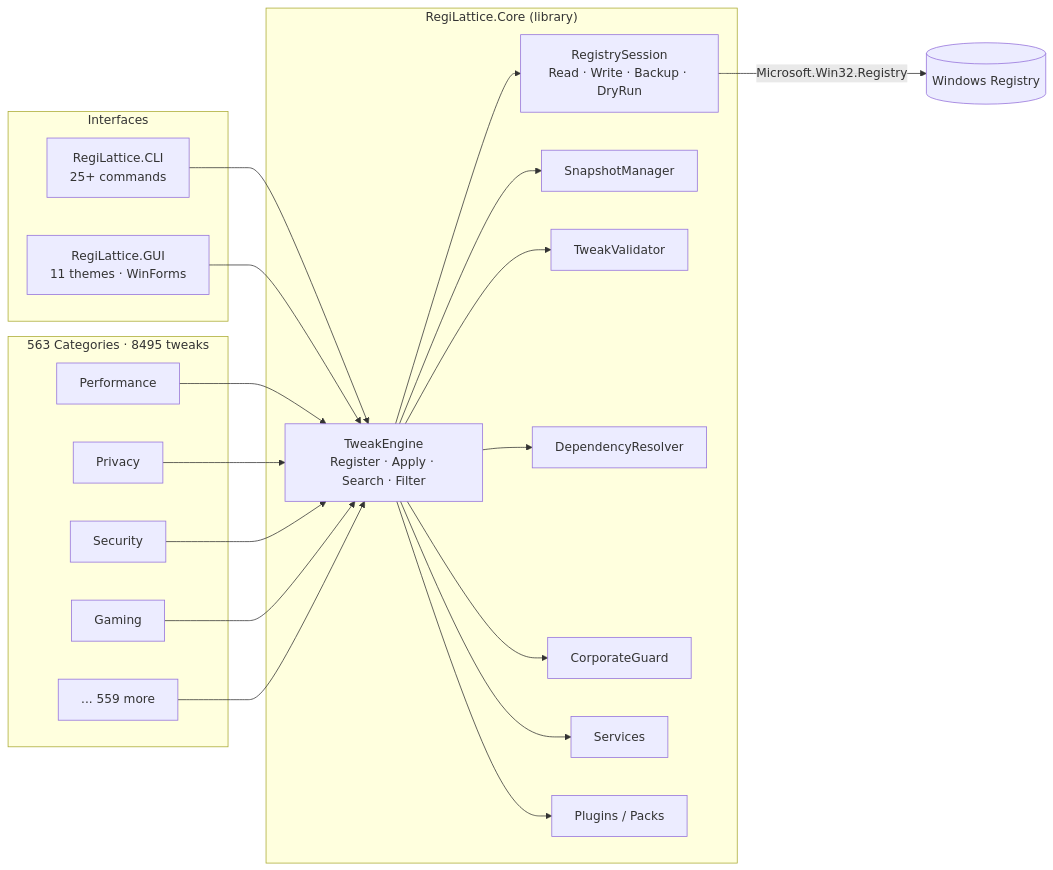
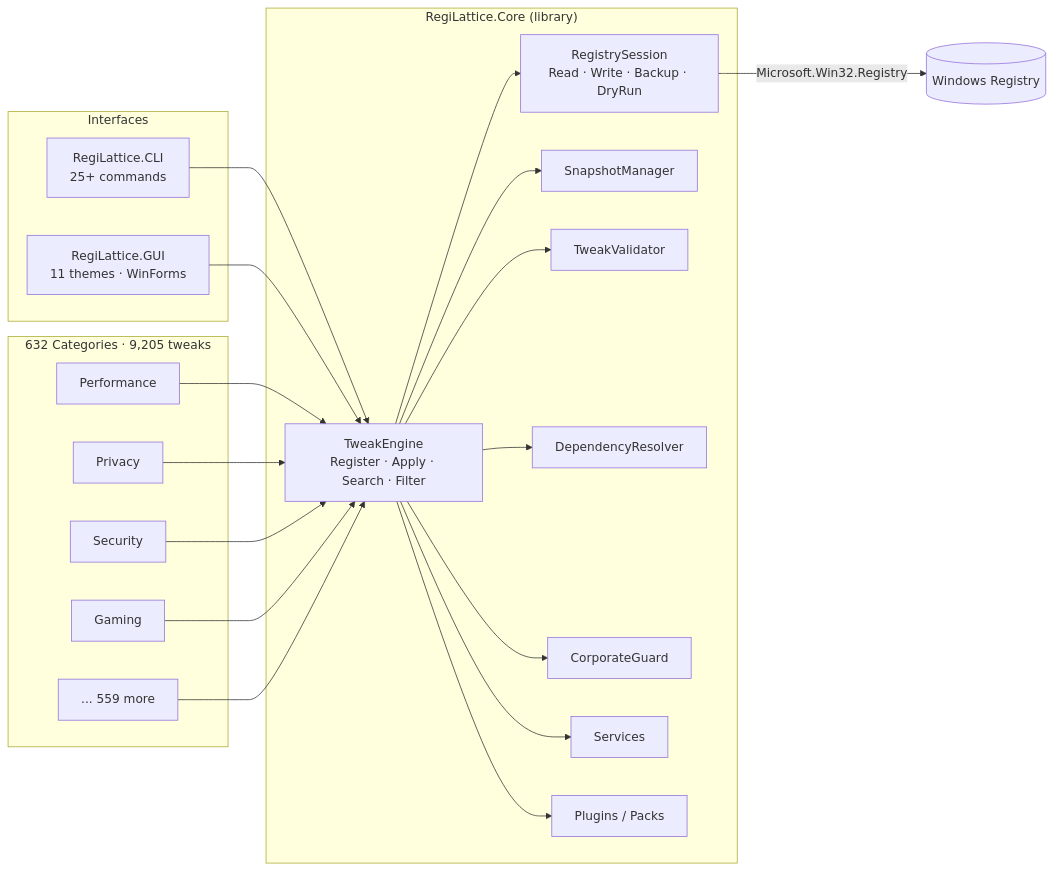
Before and after one commit to RajwanYair/RegiLattice: the first of 2 diagrams in README.md, drawn with Mermaid. The commit also changed other lines of this file and 5 other files, not shown here.

````diff
--- a/README.md
+++ b/README.md
@@ -88,38 +88,38 @@
 ```mermaid
 graph LR
     subgraph Interfaces
         CLI[RegiLattice.CLI<br/>25+ commands]
         GUI[RegiLattice.GUI<br/>11 themes · WinForms]
     end
 
     subgraph Core["RegiLattice.Core (library)"]
         TE[TweakEngine<br/>Register · Apply · Search · Filter]
         RS[RegistrySession<br/>Read · Write · Backup · DryRun]
         SM[SnapshotManager]
         TV[TweakValidator]
         DR[DependencyResolver]
         CG[CorporateGuard]
         SV[Services]
         PM[Plugins / Packs]
     end
 
-    subgraph Tweaks["563 Categories · 8495 tweaks"]
+    subgraph Tweaks["632 Categories · 9,205 tweaks"]
         T1[Performance]
         T2[Privacy]
         T3[Security]
         T4[Gaming]
         TN[... 559 more]
     end
 
     CLI --> TE
     GUI --> TE
     TE --> RS
     TE --> SM
     TE --> TV
     TE --> DR
     TE --> CG
     TE --> SV
     TE --> PM
     T1 & T2 & T3 & T4 & TN --> TE
     RS -->|Microsoft.Win32.Registry| WR[(Windows Registry)]
 ```
````
